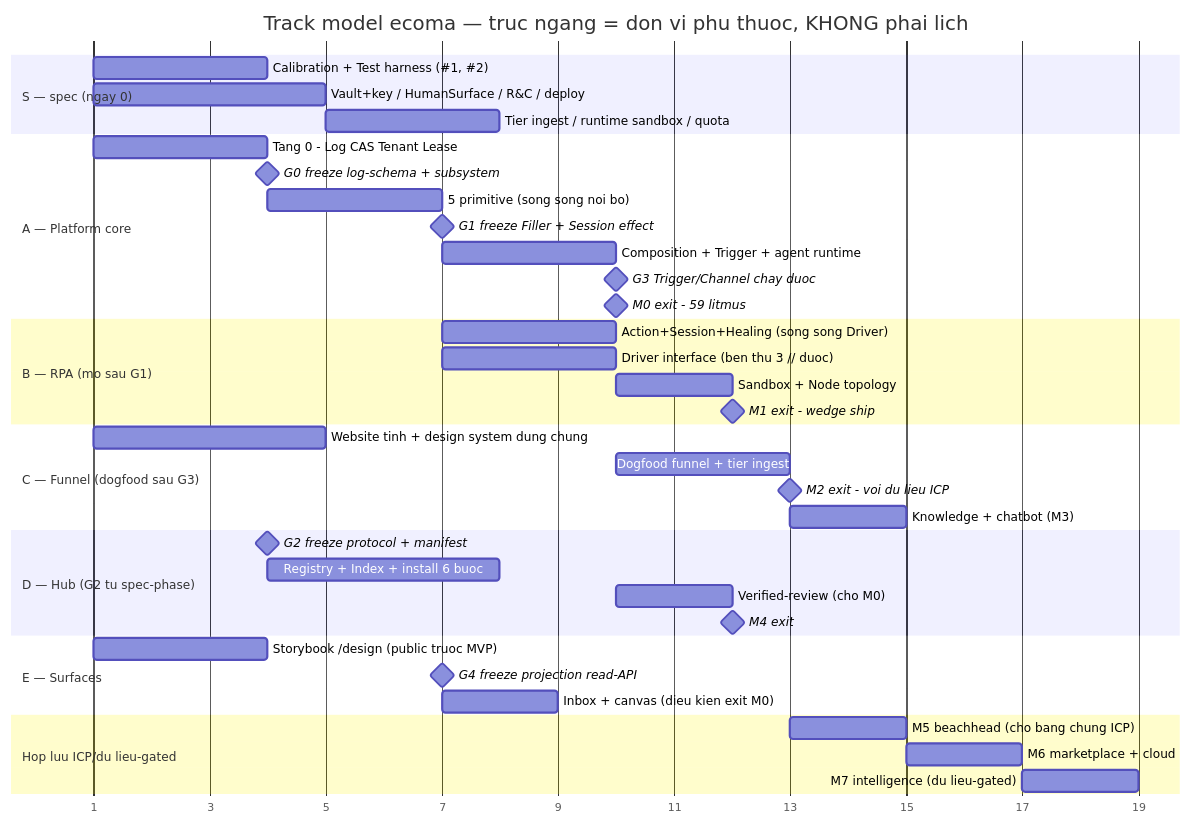
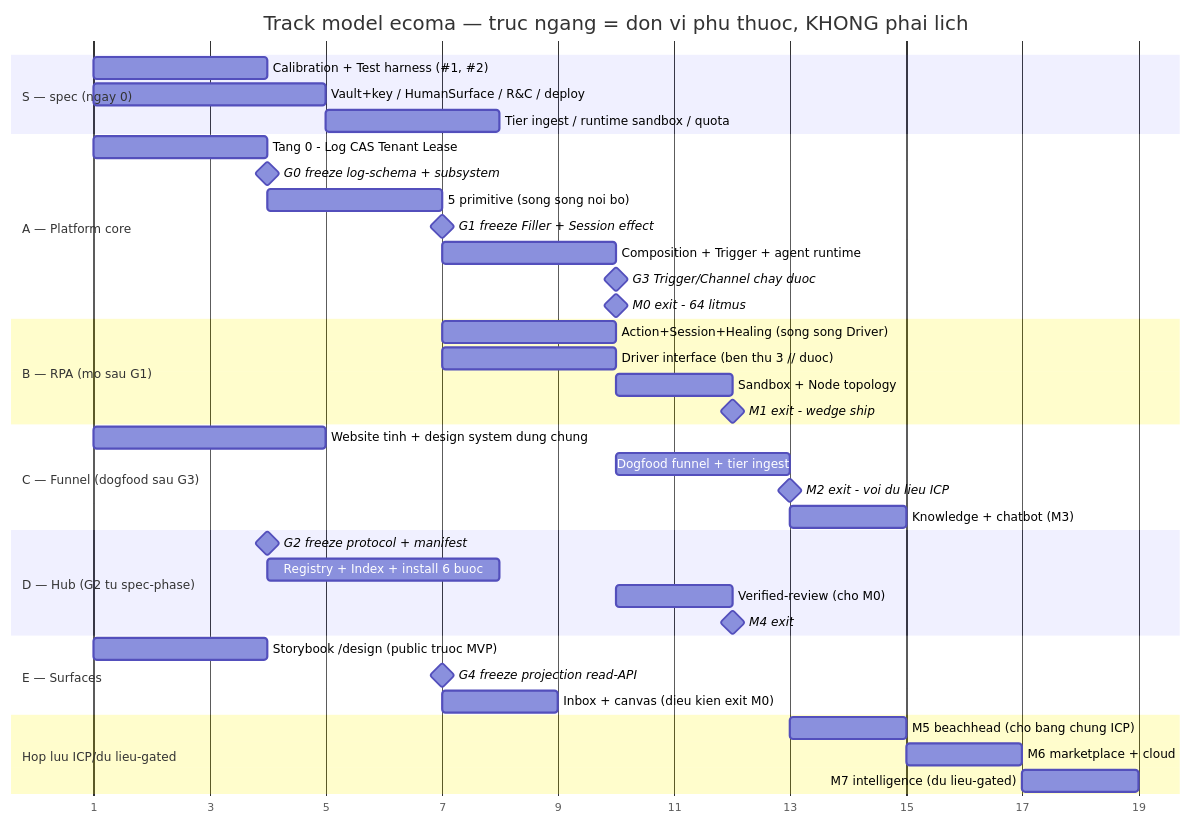
The diagram in shared/libs/doctrine/method/roadmap.vi.md (ecoma-io/ecoma), drawn with Mermaid before and after one commit. The commit also changed other lines of this file and 3 other files, not shown here.

````diff
--- a/shared/libs/doctrine/method/roadmap.vi.md
+++ b/shared/libs/doctrine/method/roadmap.vi.md
@@ -141,49 +141,49 @@
 ```mermaid
 gantt
  title Track model ecoma — truc ngang = don vi phu thuoc, KHONG phai lich
  dateFormat YYYY-MM-DD
  axisFormat %e
  todayMarker off
 
  section S — spec (ngay 0)
  Calibration + Test harness (#1, #2) :s1, 2000-01-01, 3d
  Vault+key / HumanSurface / R&C / deploy :s2, 2000-01-01, 4d
  Tier ingest / runtime sandbox / quota :s3, after s2, 3d
 
  section A — Platform core
  Tang 0 - Log CAS Tenant Lease :a1, 2000-01-01, 3d
  G0 freeze log-schema + subsystem :milestone, g0, after a1, 0d
  5 primitive (song song noi bo) :a2, after g0, 3d
  G1 freeze Filler + Session effect :milestone, g1, after a2, 0d
  Composition + Trigger + agent runtime :a3, after a2, 3d
  G3 Trigger/Channel chay duoc :milestone, g3, after a3, 0d
- M0 exit - 59 litmus :milestone, m0, after a3, 0d
+ M0 exit - 64 litmus :milestone, m0, after a3, 0d
 
  section B — RPA (mo sau G1)
  Action+Session+Healing (song song Driver):b1, after g1, 3d
  Driver interface (ben thu 3 // duoc) :b2, after g1, 3d
  Sandbox + Node topology :b3, after b1, 2d
  M1 exit - wedge ship :milestone, m1, after b3, 0d
 
  section C — Funnel (dogfood sau G3)
  Website tinh + design system dung chung :c1, 2000-01-01, 4d
  Dogfood funnel + tier ingest :c2, after g3, 3d
  M2 exit - voi du lieu ICP :milestone, m2, after c2, 0d
  Knowledge + chatbot (M3) :c3, after m2, 2d
 
  section D — Hub (G2 tu spec-phase)
  G2 freeze protocol + manifest :milestone, g2, 2000-01-04, 0d
  Registry + Index + install 6 buoc :d1, after g2, 4d
  Verified-review (cho M0) :d2, after m0, 2d
  M4 exit :milestone, m4, after d2, 0d
 
  section E — Surfaces
  Storybook /design (public truoc MVP) :e1, 2000-01-01, 3d
  G4 freeze projection read-API :milestone, g4, after a2, 0d
  Inbox + canvas (dieu kien exit M0) :e2, after g4, 2d
 
  section Hop luu ICP/du lieu-gated
  M5 beachhead (cho bang chung ICP) :m5, after m2, 2d
  M6 marketplace + cloud :m6, after m5, 2d
  M7 intelligence (du lieu-gated) :m7, after m6, 2d
 ```
````
